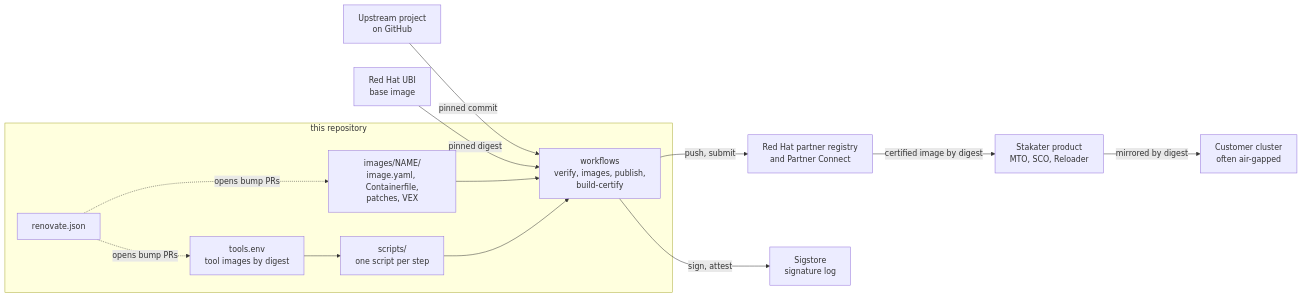
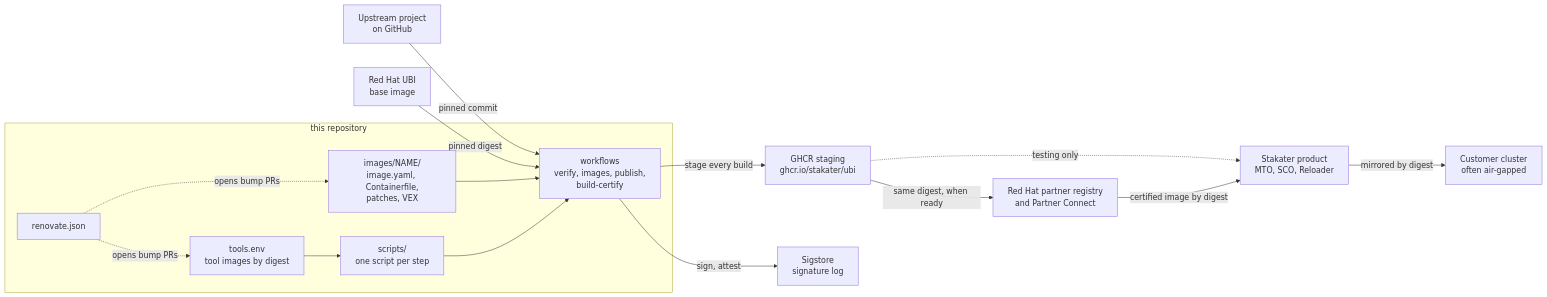
One commit to stakater/certified-images changed the first of 5 diagrams in README.md. Above: the diagram before and after it, drawn with Mermaid. The commit also changed other lines of this file and 10 other files, not shown here.

First line of the commit message:
Stage every image to GHCR; promote the same digest to Red Hat (P.2a)

````diff
--- a/README.md
+++ b/README.md
@@ -43,28 +51,31 @@
 ```mermaid
 flowchart LR
   subgraph repo["this repository"]
     IMG["images/NAME/<br/>image.yaml, Containerfile,<br/>patches, VEX"]
     SCR["scripts/<br/>one script per step"]
     TOOLS["tools.env<br/>tool images by digest"]
     WF["workflows<br/>verify, images, publish,<br/>build-certify"]
     REN["renovate.json"]
   end
   UP["Upstream project<br/>on GitHub"]
   UBI["Red Hat UBI<br/>base image"]
+  GHCR["GHCR staging<br/>ghcr.io/stakater/ubi"]
   RH["Red Hat partner registry<br/>and Partner Connect"]
   SIG["Sigstore<br/>signature log"]
   PROD["Stakater product<br/>MTO, SCO, Reloader"]
   CUST["Customer cluster<br/>often air-gapped"]
 
   UP -->|pinned commit| WF
   UBI -->|pinned digest| WF
   IMG --> WF
   SCR --> WF
   TOOLS --> SCR
   REN -.->|opens bump PRs| IMG
   REN -.->|opens bump PRs| TOOLS
-  WF -->|push, submit| RH
+  WF -->|stage every build| GHCR
+  GHCR -->|same digest, when ready| RH
+  GHCR -.->|testing only| PROD
   WF -->|sign, attest| SIG
   RH -->|certified image by digest| PROD
   PROD -->|mirrored by digest| CUST
 ```
````
